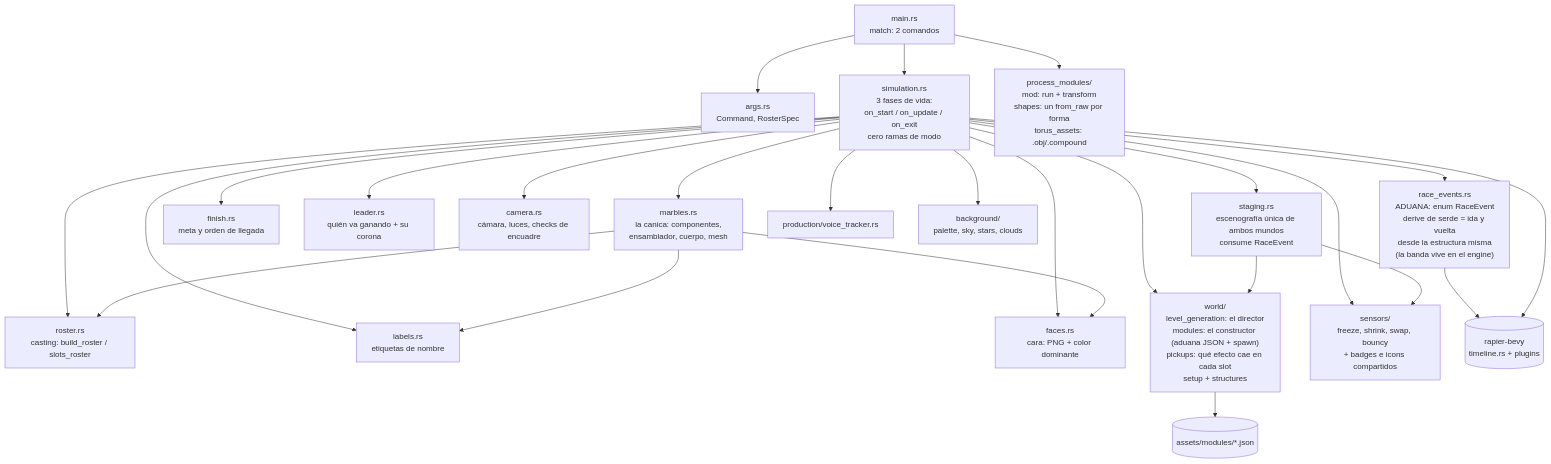
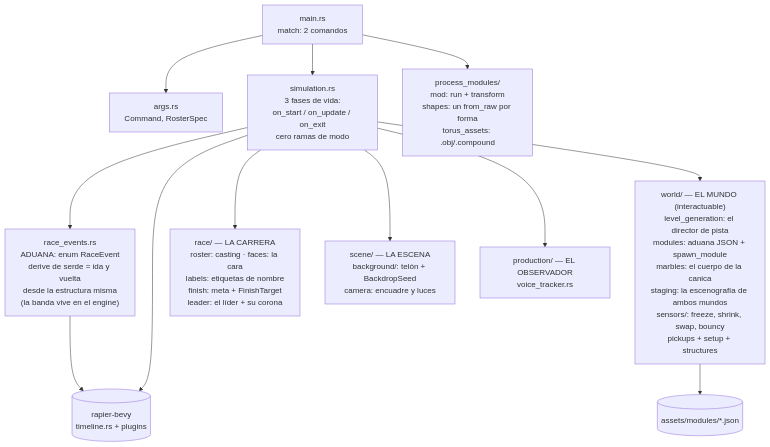
One commit to jesusgomeznuz/canicasbrawl-rapier changed the fifth of 5 diagrams in docs/flow.md. Above: the diagram before and after it, drawn with Mermaid. The commit also changed 32 other files, not shown here.

First line of the commit message:
refactor: los directores — la responsabilidad vive en la estructura

````diff
--- a/docs/flow.md
+++ b/docs/flow.md
@@ -88,30 +88,16 @@
 ```mermaid
 flowchart TD
     main["main.rs<br/>match: 2 comandos"] --> args["args.rs<br/>Command, RosterSpec"]
     main --> sim["simulation.rs<br/>3 fases de vida:<br/>on_start / on_update / on_exit<br/>cero ramas de modo"]
     main --> pm["process_modules/<br/>mod: run + transform<br/>shapes: un from_raw por forma<br/>torus_assets: .obj/.compound"]
 
-    sim --> race["race_events.rs<br/>ADUANA: enum RaceEvent<br/>derive de serde = ida y vuelta<br/>desde la estructura misma<br/>(la banda vive en el engine)"]
-    sim --> staging["staging.rs<br/>escenografía única de ambos mundos<br/>consume RaceEvent"]
-    sim --> roster["roster.rs<br/>casting: build_roster / slots_roster"]
-    sim --> finish["finish.rs<br/>meta y orden de llegada"]
-    sim --> leader["leader.rs<br/>quién va ganando + su corona"]
-    sim --> camera["camera.rs<br/>cámara, luces, checks de encuadre"]
-    sim --> marbles["marbles.rs<br/>la canica: componentes,<br/>ensamblador, cuerpo, mesh"]
-    sim --> labels["labels.rs<br/>etiquetas de nombre"]
-    sim --> faces["faces.rs<br/>cara: PNG + color dominante"]
-    sim --> tracker["production/voice_tracker.rs"]
+    sim --> aduana["race_events.rs<br/>ADUANA: enum RaceEvent<br/>derive de serde = ida y vuelta<br/>desde la estructura misma<br/>(la banda vive en el engine)"]
+    sim --> worlddir["world/ — EL MUNDO (interactuable)<br/>level_generation: el director de pista<br/>modules: aduana JSON + spawn_module<br/>marbles: el cuerpo de la canica<br/>staging: la escenografía de ambos mundos<br/>sensors/: freeze, shrink, swap, bouncy<br/>pickups + setup + structures"]
+    sim --> racedir["race/ — LA CARRERA<br/>roster: casting · faces: la cara<br/>labels: etiquetas de nombre<br/>finish: meta + FinishTarget<br/>leader: el líder + su corona"]
+    sim --> scenedir["scene/ — LA ESCENA<br/>background/: telón + BackdropSeed<br/>camera: encuadre y luces"]
+    sim --> tracker["production/ — EL OBSERVADOR<br/>voice_tracker.rs"]
 
-    sim --> worlddir["world/<br/>level_generation: el director<br/>modules: el constructor (aduana JSON + spawn)<br/>pickups: qué efecto cae en cada slot<br/>setup + structures"]
-    sim --> sensorsdir["sensors/<br/>freeze, shrink, swap, bouncy<br/>+ badges e icons compartidos"]
-    sim --> bgdir["background/<br/>palette, sky, stars, clouds"]
-
-    staging --> worlddir
-    staging --> sensorsdir
     worlddir --> ModulesJSON[("assets/modules/*.json")]
-    marbles --> labels
-    marbles --> faces
-    marbles --> roster
-    race --> engine[("rapier-bevy<br/>timeline.rs + plugins")]
+    aduana --> engine[("rapier-bevy<br/>timeline.rs + plugins")]
     sim --> engine
 ```
````
